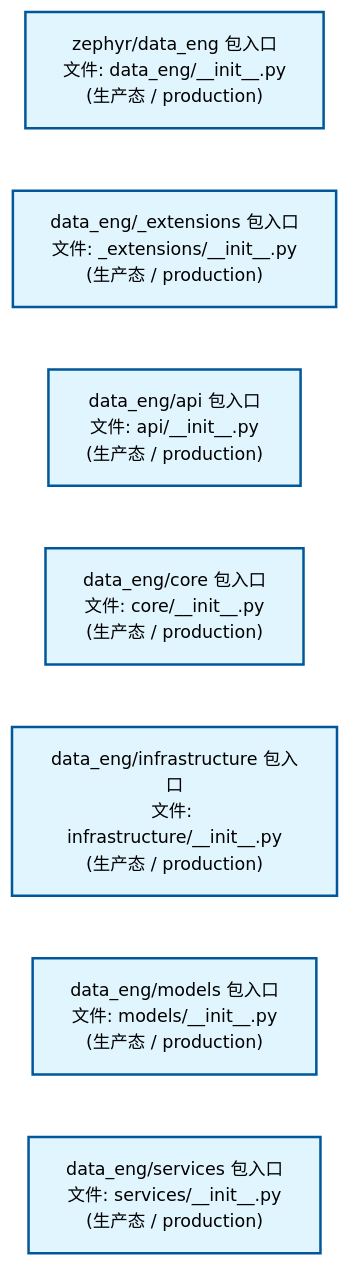
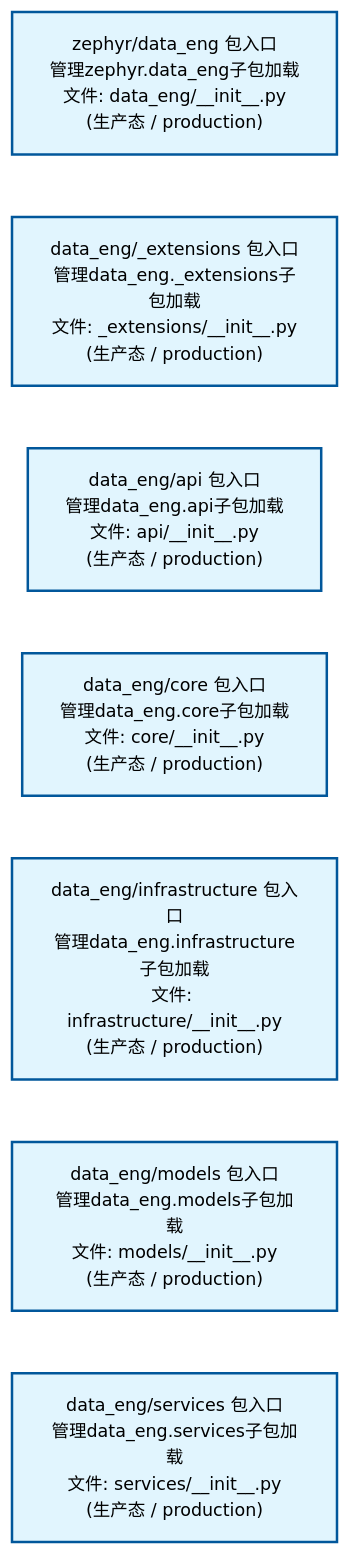
Before and after one commit to xuanFelixVan/ZephyrAlpha: the first of 2 diagrams in docs/02_enterprise_architecture/02_domain_architecture_docs/12_d_data_eng.md, drawn with Mermaid. The commit also changed other lines of this file and 61 other files, not shown here.

````diff
--- a/docs/02_enterprise_architecture/02_domain_architecture_docs/12_d_data_eng.md
+++ b/docs/02_enterprise_architecture/02_domain_architecture_docs/12_d_data_eng.md
@@ -53,22 +53,22 @@
 ```mermaid
 %%{init: {'theme': 'base', 'themeVariables': {'primaryColor': '#eaeaea', 'primaryTextColor': '#333333', 'primaryBorderColor': '#666666', 'lineColor': '#666666', 'secondaryColor': '#eaeaea', 'tertiaryColor': '#eaeaea', 'fontSize': '14px'}}}%%
 flowchart TD
-    src_zephyr_data_eng_init_py["zephyr/data_eng 包入口<br/>文件: data_eng/__init__.py<br/>(生产态 / production)"]
-    src_zephyr_data_eng_extensions_init_py["data_eng/_extensions 包入口<br/>文件: _extensions/__init__.py<br/>(生产态 / production)"]
-    src_zephyr_data_eng_api_init_py["data_eng/api 包入口<br/>文件: api/__init__.py<br/>(生产态 / production)"]
-    src_zephyr_data_eng_core_init_py["data_eng/core 包入口<br/>文件: core/__init__.py<br/>(生产态 / production)"]
-    src_zephyr_data_eng_infrastructure_init_py["data_eng/infrastructure 包入口<br/>文件: infrastructure/__init__.py<br/>(生产态 / production)"]
-    src_zephyr_data_eng_models_init_py["data_eng/models 包入口<br/>文件: models/__init__.py<br/>(生产态 / production)"]
-    src_zephyr_data_eng_services_init_py["data_eng/services 包入口<br/>文件: services/__init__.py<br/>(生产态 / production)"]
+    src_zephyr_data_eng_init_py["zephyr/data_eng 包入口<br/>管理zephyr.data_eng子包加载<br/>文件: data_eng/__init__.py<br/>(生产态 / production)"]
+    src_zephyr_data_eng_extensions_init_py["data_eng/_extensions 包入口<br/>管理data_eng._extensions子包加载<br/>文件: _extensions/__init__.py<br/>(生产态 / production)"]
+    src_zephyr_data_eng_api_init_py["data_eng/api 包入口<br/>管理data_eng.api子包加载<br/>文件: api/__init__.py<br/>(生产态 / production)"]
+    src_zephyr_data_eng_core_init_py["data_eng/core 包入口<br/>管理data_eng.core子包加载<br/>文件: core/__init__.py<br/>(生产态 / production)"]
+    src_zephyr_data_eng_infrastructure_init_py["data_eng/infrastructure 包入口<br/>管理data_eng.infrastructure子包加载<br/>文件: infrastructure/__init__.py<br/>(生产态 / production)"]
+    src_zephyr_data_eng_models_init_py["data_eng/models 包入口<br/>管理data_eng.models子包加载<br/>文件: models/__init__.py<br/>(生产态 / production)"]
+    src_zephyr_data_eng_services_init_py["data_eng/services 包入口<br/>管理data_eng.services子包加载<br/>文件: services/__init__.py<br/>(生产态 / production)"]
     src_zephyr_data_eng_init_py ~~~ src_zephyr_data_eng_extensions_init_py
     src_zephyr_data_eng_extensions_init_py ~~~ src_zephyr_data_eng_api_init_py
     src_zephyr_data_eng_api_init_py ~~~ src_zephyr_data_eng_core_init_py
     src_zephyr_data_eng_core_init_py ~~~ src_zephyr_data_eng_infrastructure_init_py
     src_zephyr_data_eng_infrastructure_init_py ~~~ src_zephyr_data_eng_models_init_py
     src_zephyr_data_eng_models_init_py ~~~ src_zephyr_data_eng_services_init_py
     classDef production fill:#e1f5fe,stroke:#01579b,stroke-width:2px,color:#000
     classDef design fill:#fff3e0,stroke:#e65100,stroke-width:2px,color:#000,stroke-dasharray: 5 5
     classDef external_prod fill:#e8f4fd,stroke:#0277bd,stroke-width:1px,color:#000
     classDef external_design fill:#fff8e7,stroke:#ef6c00,stroke-width:1px,color:#000,stroke-dasharray: 5 5
     class src_zephyr_data_eng_init_py,src_zephyr_data_eng_extensions_init_py,src_zephyr_data_eng_api_init_py,src_zephyr_data_eng_core_init_py,src_zephyr_data_eng_infrastructure_init_py,src_zephyr_data_eng_models_init_py,src_zephyr_data_eng_services_init_py production
 ```
````
